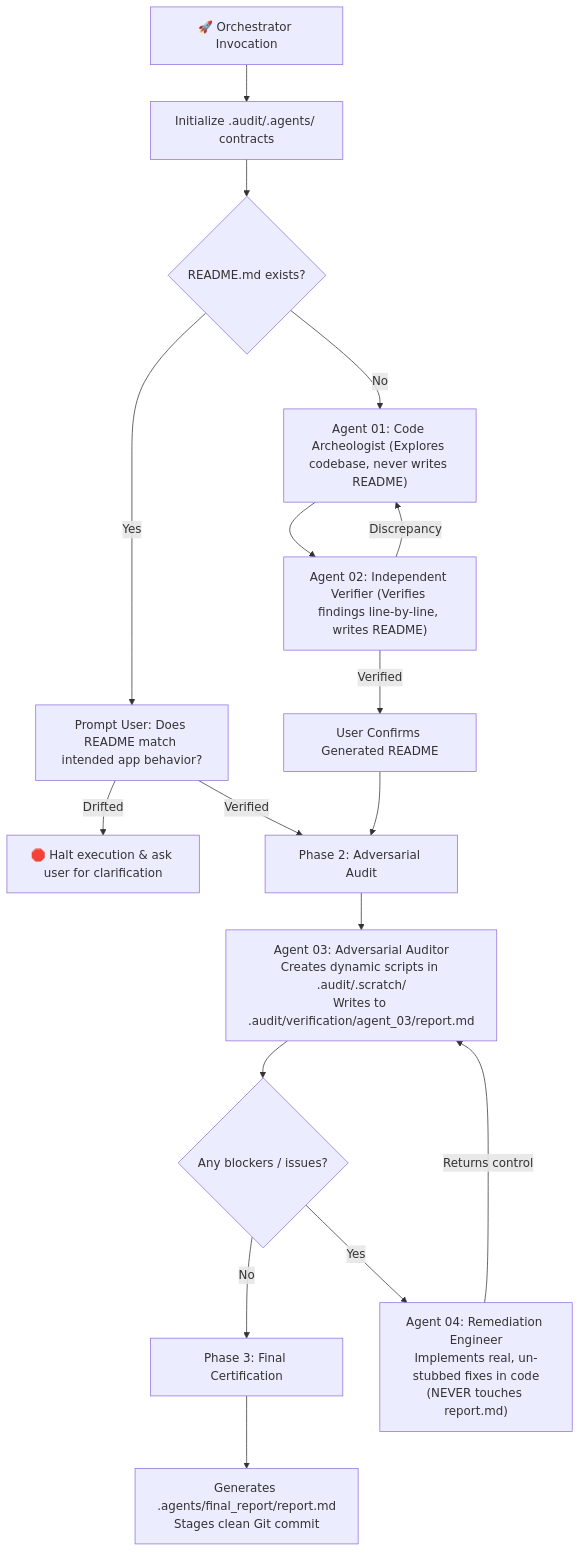
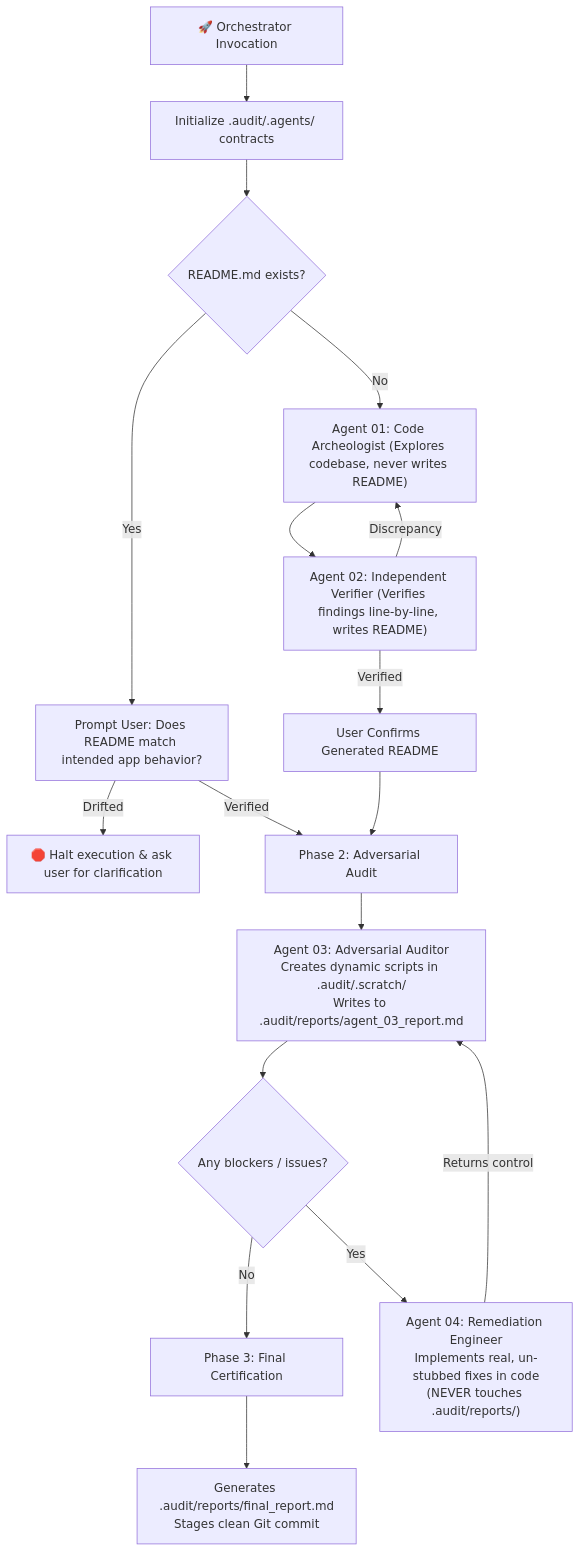
The diagram in README.md (subhasishsaha/github-push-skill), drawn with Mermaid before and after one commit. The commit also changed other lines of this file and 9 other files, not shown here.

Commit message:
refactor: consolidate all audit and certification reports into .audit/reports

````diff
--- a/README.md
+++ b/README.md
@@ -26,22 +26,22 @@
 ```mermaid
 flowchart TD
     Start["🚀 Orchestrator Invocation"] --> InitAgents["Initialize .audit/.agents/ contracts"]
     InitAgents --> CheckReadme{"README.md exists?"}
     
     CheckReadme -->|Yes| VerifyUser["Prompt User: Does README match intended app behavior?"]
     VerifyUser -->|Drifted| Halt["🛑 Halt execution & ask user for clarification"]
     VerifyUser -->|Verified| Phase2["Phase 2: Adversarial Audit"]
 
     CheckReadme -->|No| A1["Agent 01: Code Archeologist (Explores codebase, never writes README)"]
     A1 --> A2["Agent 02: Independent Verifier (Verifies findings line-by-line, writes README)"]
     A2 -->|Discrepancy| A1
     A2 -->|Verified| ConfirmUser["User Confirms Generated README"] --> Phase2
 
-    Phase2 --> A3["Agent 03: Adversarial Auditor\nCreates dynamic scripts in .audit/.scratch/\nWrites to .audit/verification/agent_03/report.md"]
+    Phase2 --> A3["Agent 03: Adversarial Auditor\nCreates dynamic scripts in .audit/.scratch/\nWrites to .audit/reports/agent_03_report.md"]
     A3 --> CheckBlockers{"Any blockers / issues?"}
     CheckBlockers -->|No| Phase3["Phase 3: Final Certification"]
-    CheckBlockers -->|Yes| A4["Agent 04: Remediation Engineer\nImplements real, un-stubbed fixes in code\n(NEVER touches report.md)"]
+    CheckBlockers -->|Yes| A4["Agent 04: Remediation Engineer\nImplements real, un-stubbed fixes in code\n(NEVER touches .audit/reports/)"]
     A4 -->|Returns control| A3
 
-    Phase3 --> FinalReport["Generates .agents/final_report/report.md\nStages clean Git commit"]
+    Phase3 --> FinalReport["Generates .audit/reports/final_report.md\nStages clean Git commit"]
 ```
````
